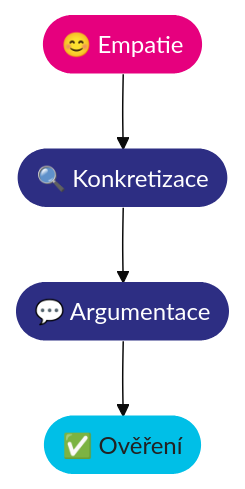
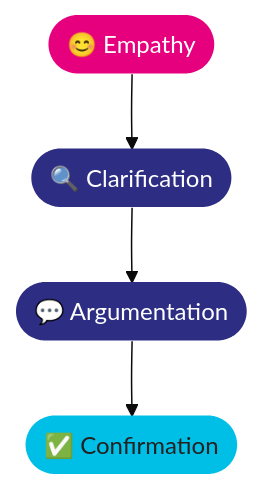
Before and after one commit to srameko/presentation-skills-cybersecurity: the diagram in slides/06-otazky.md, drawn with Mermaid (base theme). The commit also changed other lines of this file and 17 other files, not shown here.

````diff
--- a/slides/06-otazky.md
+++ b/slides/06-otazky.md
@@ -9,8 +9,8 @@
 ```mermaid
 graph TD
-    A([😊 Empatie]) --> B([🔍 Konkretizace]) --> C([💬 Argumentace]) --> D([✅ Ověření])
+    A([😊 Empathy]) --> B([🔍 Clarification]) --> C([💬 Argumentation]) --> D([✅ Confirmation])
     style A fill:#E6007E,stroke:none,color:#fff
     style B fill:#2D2E83,stroke:none,color:#fff
     style C fill:#2D2E83,stroke:none,color:#fff
     style D fill:#00BFE7,stroke:none,color:#222
 ```
````
